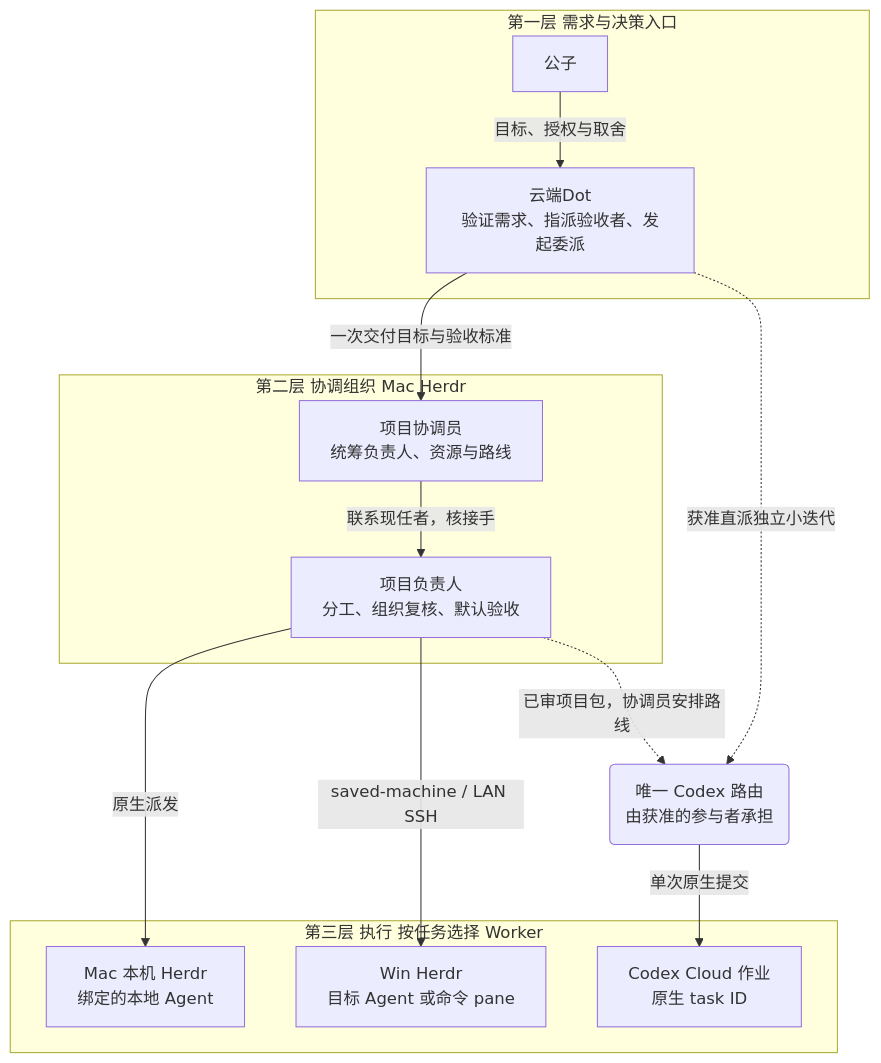
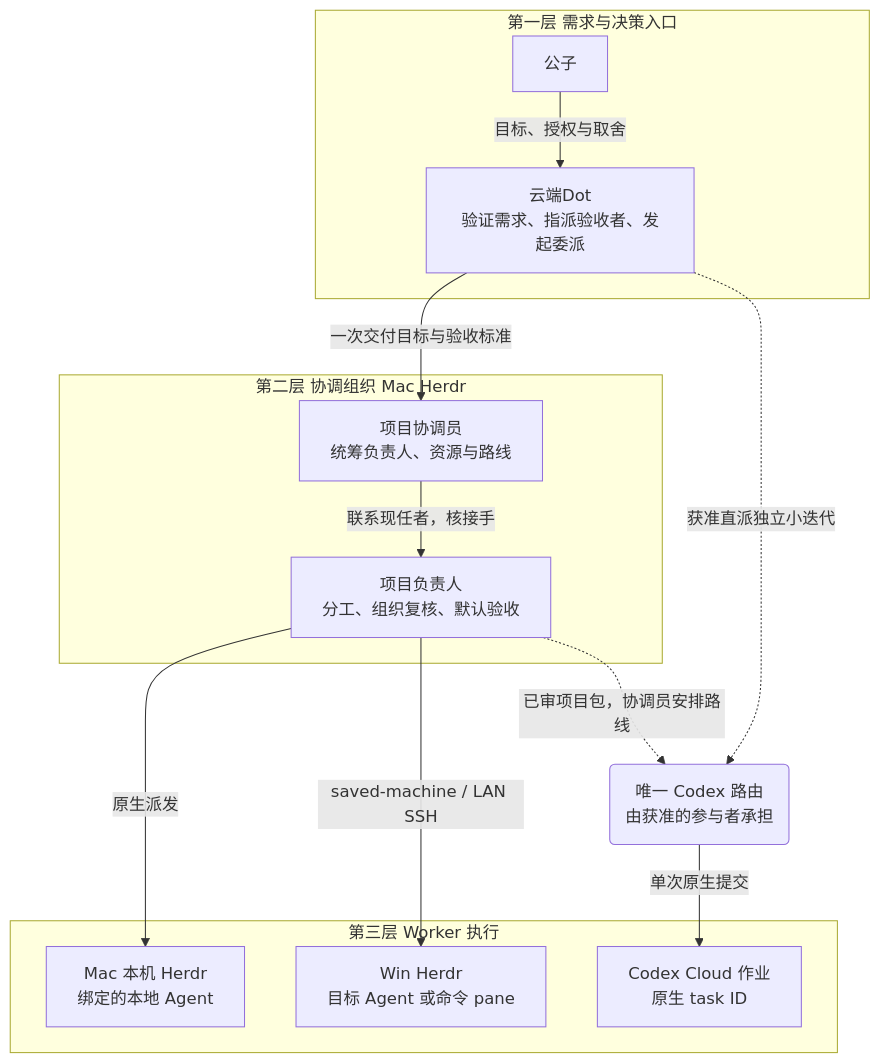
The first of 2 diagrams in docs/architecture.md (CF-FE/herdr-4-codexcloud), drawn with Mermaid before and after one commit. The commit also changed other lines of this file and 4 other files, not shown here.

````diff
--- a/docs/architecture.md
+++ b/docs/architecture.md
@@ -19,20 +19,20 @@
 ```mermaid
 graph TD
     subgraph 第一层 需求与决策入口
         U["公子"] -->|"目标、授权与取舍"| D["云端Dot<br/>验证需求、指派验收者、发起委派"]
     end
     subgraph 第二层 协调组织 Mac Herdr
         C["项目协调员<br/>统筹负责人、资源与路线"] -->|"联系现任者，核接手"| O["项目负责人<br/>分工、组织复核、默认验收"]
     end
-    subgraph 第三层 执行 按任务选择 Worker
+    subgraph 第三层 Worker 执行
         M["Mac 本机 Herdr<br/>绑定的本地 Agent"]
         W["Win Herdr<br/>目标 Agent 或命令 pane"]
         X["Codex Cloud 作业<br/>原生 task ID"]
     end
     D -->|"一次交付目标与验收标准"| C
     O -->|"原生派发"| M
     O -->|"saved-machine / LAN SSH"| W
     O -.->|"已审项目包，协调员安排路线"| R("唯一 Codex 路由<br/>由获准的参与者承担")
     D -.->|"获准直派独立小迭代"| R
     R -->|"单次原生提交"| X
 ```
````
